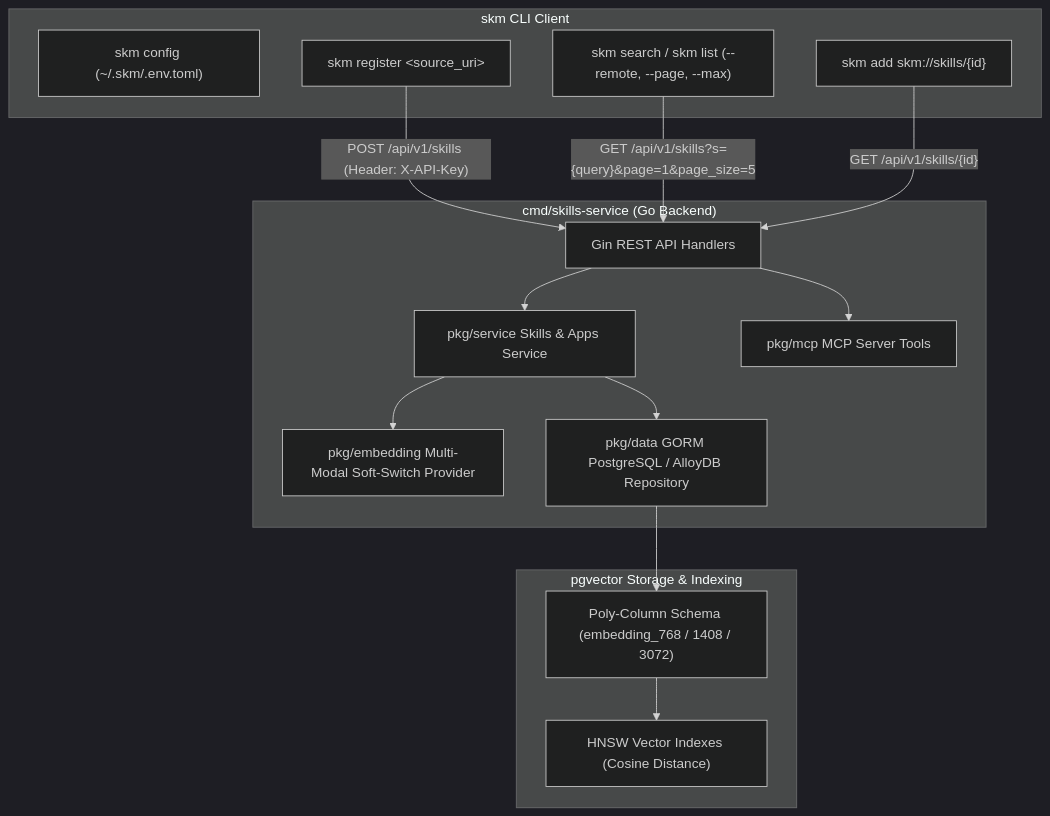
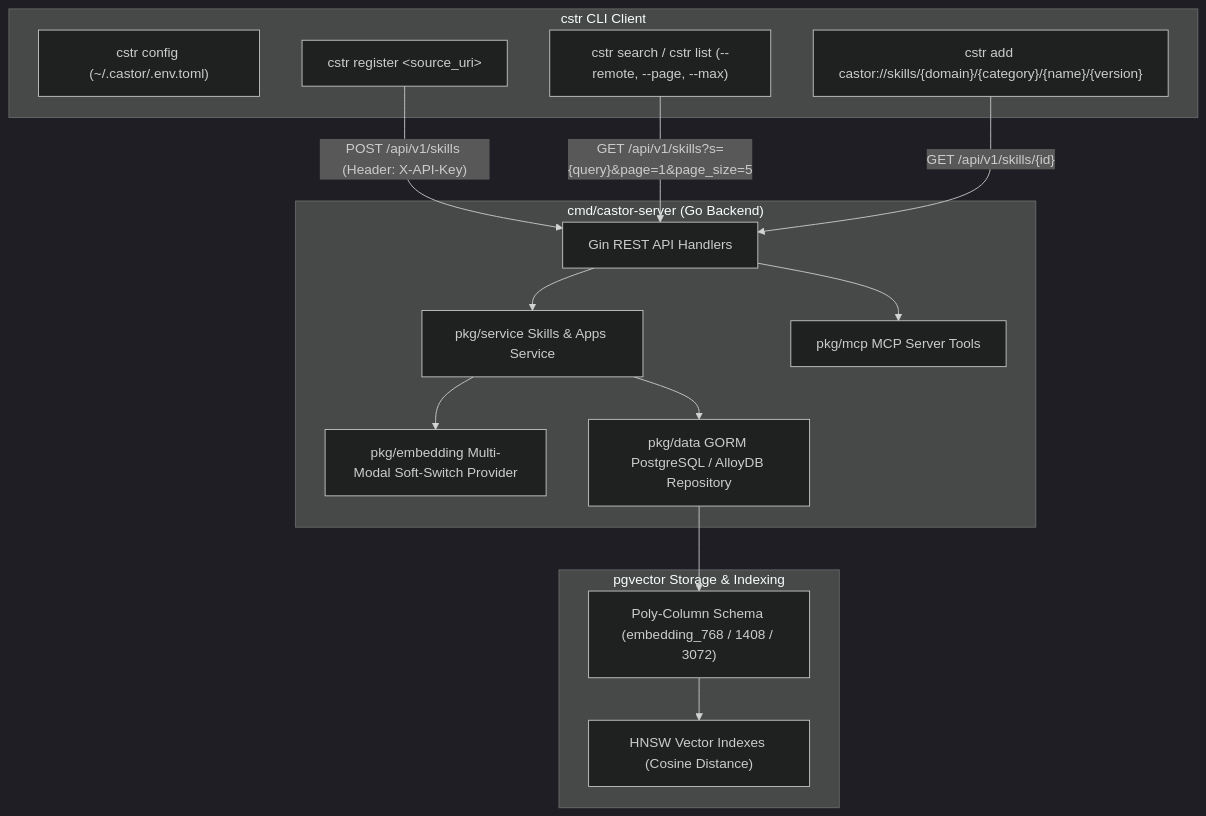
The first of 2 diagrams in docs/content/architecture.md (retail-cortex/skills), drawn with Mermaid (dark theme) before and after one commit. The commit also changed other lines of this file and 90 other files, not shown here.

Commit message:
Refactor to Castor brand name for all products.

````diff
--- a/docs/content/architecture.md
+++ b/docs/content/architecture.md
@@ -16,32 +16,32 @@
 ```mermaid
 graph TD
-    subgraph CLIClient ["skm CLI Client"]
-        CLI1["skm config (~/.skm/.env.toml)"]
-        CLI2["skm register &lt;source_uri&gt;"]
-        CLI3["skm search / skm list (--remote, --page, --max)"]
-        CLI4["skm add skm://skills/{id}"]
+    subgraph CLIClient ["cstr CLI Client"]
+        CLI1["cstr config (~/.castor/.env.toml)"]
+        CLI2["cstr register &lt;source_uri&gt;"]
+        CLI3["cstr search / cstr list (--remote, --page, --max)"]
+        CLI4["cstr add castor://skills/{domain}/{category}/{name}/{version}"]
     end
 
-    subgraph ServiceBackend ["cmd/skills-service (Go Backend)"]
+    subgraph ServiceBackend ["cmd/castor-server (Go Backend)"]
         S1["Gin REST API Handlers"]
         S2["pkg/service Skills & Apps Service"]
         S3["pkg/embedding Multi-Modal Soft-Switch Provider"]
         S4["pkg/data GORM PostgreSQL / AlloyDB Repository"]
         S5["pkg/mcp MCP Server Tools"]
     end
 
     subgraph DatabaseStorage ["pgvector Storage & Indexing"]
         DB1["Poly-Column Schema (embedding_768 / 1408 / 3072)"]
         DB2["HNSW Vector Indexes (Cosine Distance)"]
     end
 
     CLI2 -- "POST /api/v1/skills (Header: X-API-Key)" --> S1
     CLI3 -- "GET /api/v1/skills?s={query}&page=1&page_size=5" --> S1
     CLI4 -- "GET /api/v1/skills/{id}" --> S1
     S1 --> S2
     S2 --> S3
     S2 --> S4
     S4 --> DB1
     DB1 --> DB2
     S1 --> S5
 ```
````
